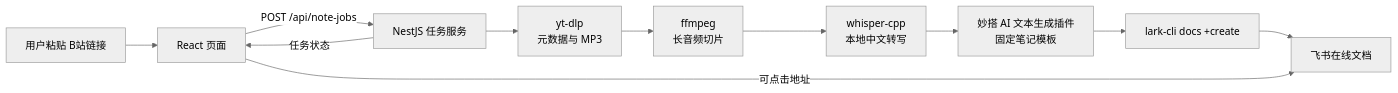
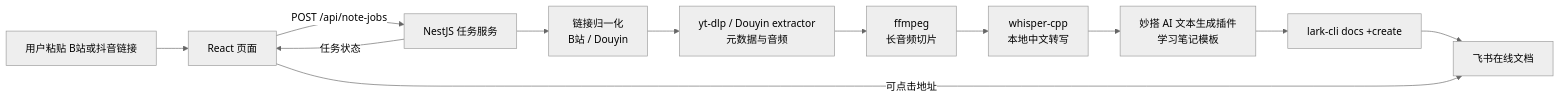
The first of 2 diagrams in docs/PROJECT_GUIDE.md (guangquan123/media-notes-workbench), drawn with Mermaid (neutral theme) before and after one commit. The commit also changed other lines of this file, not shown here.

Commit message:
docs: update project guide for Douyin

````diff
--- a/docs/PROJECT_GUIDE.md
+++ b/docs/PROJECT_GUIDE.md
@@ -13,13 +27,14 @@
 ```mermaid
 flowchart LR
-    U[用户粘贴 B站链接] --> FE[React 页面]
+    U[用户粘贴 B站或抖音链接] --> FE[React 页面]
     FE -->|POST /api/note-jobs| API[NestJS 任务服务]
-    API --> YT[yt-dlp<br/>元数据与 MP3]
+    API --> IN[链接归一化<br/>B站 / Douyin]
+    IN --> YT[yt-dlp / Douyin extractor<br/>元数据与音频]
     YT --> FF[ffmpeg<br/>长音频切片]
     FF --> WH[whisper-cpp<br/>本地中文转写]
-    WH --> AI[妙搭 AI 文本生成插件<br/>固定笔记模板]
+    WH --> AI[妙搭 AI 文本生成插件<br/>学习笔记模板]
     AI --> LC[lark-cli docs +create]
     LC --> DOC[飞书在线文档]
     API -->|任务状态| FE
     FE -->|可点击地址| DOC
 ```
````
